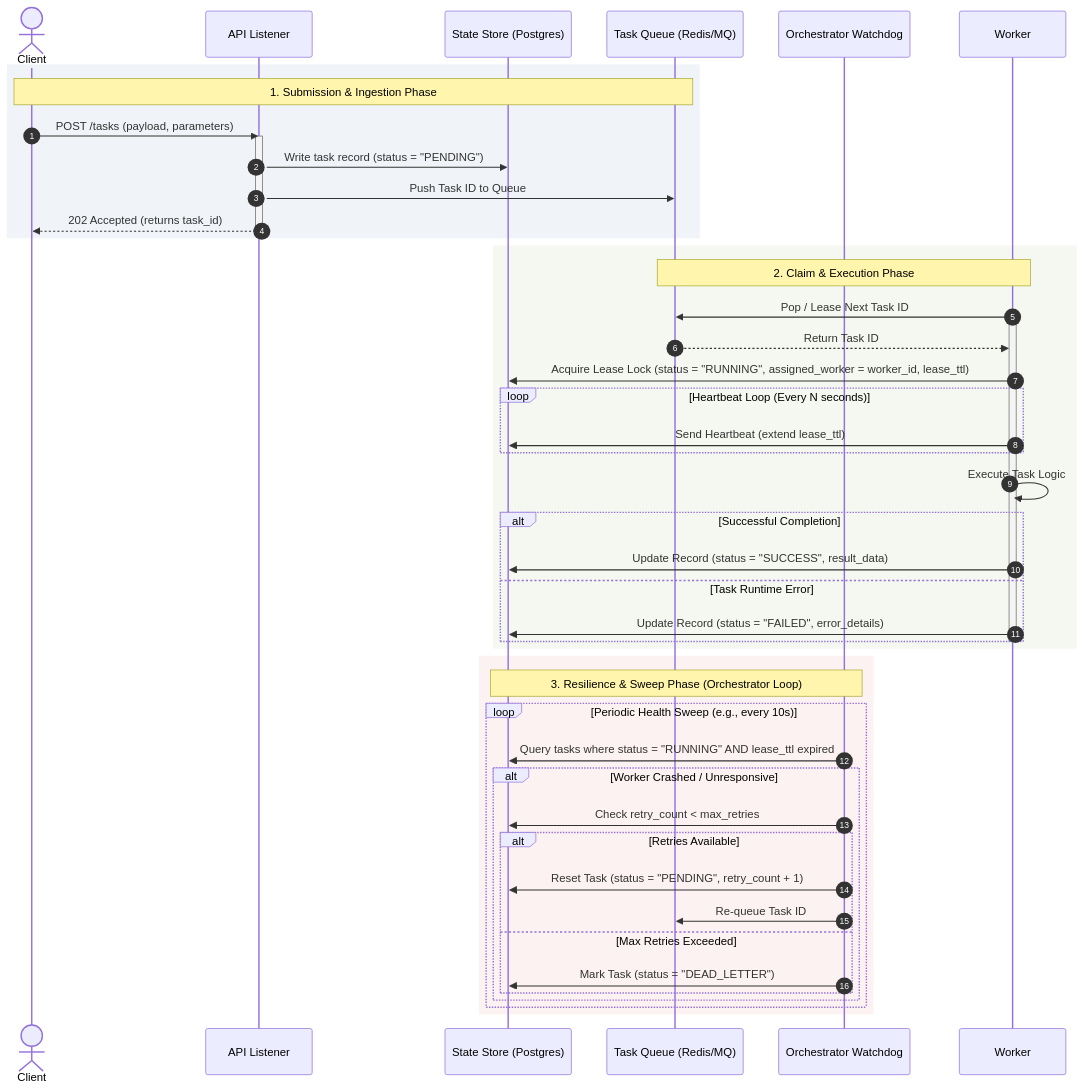
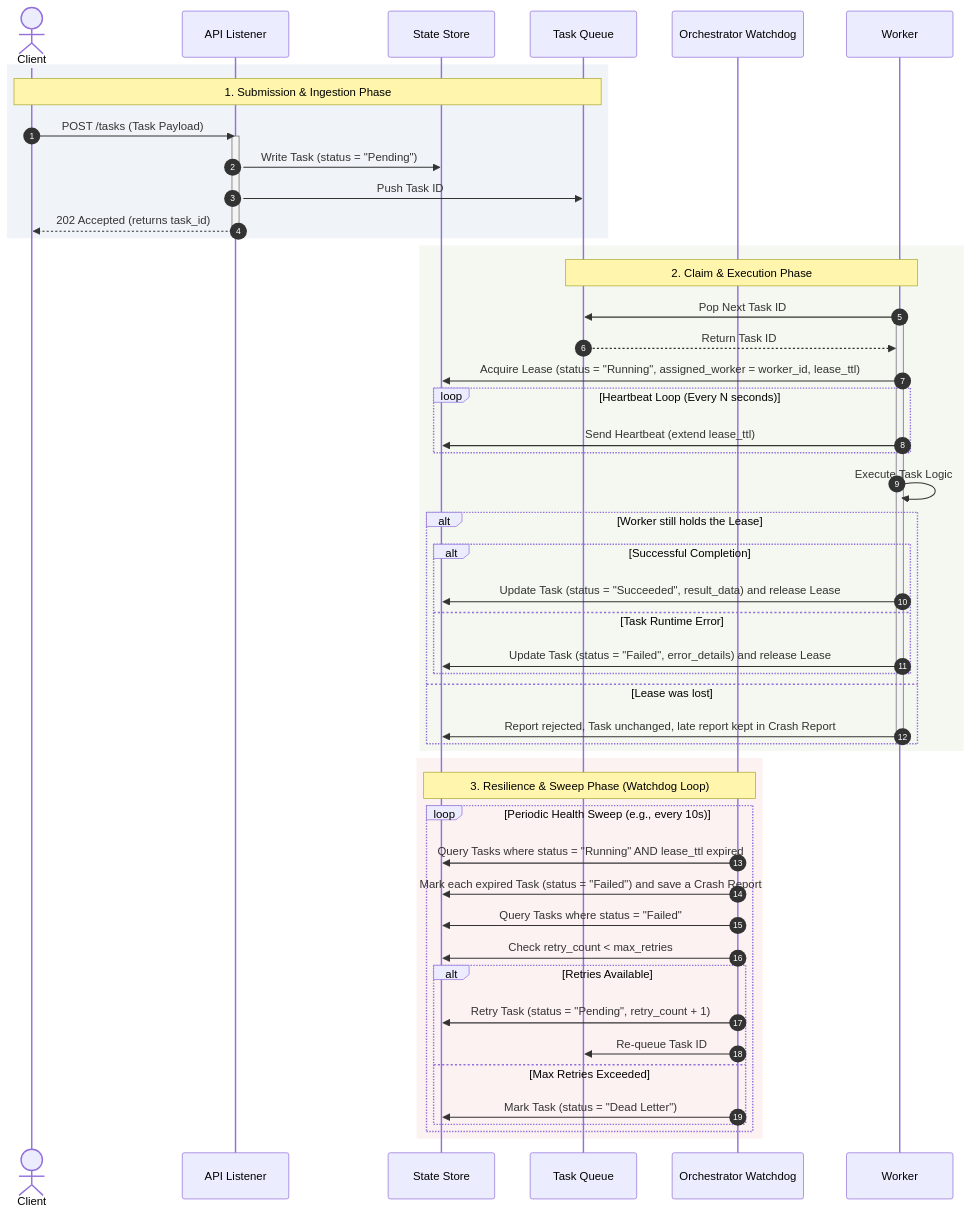
The diagram in README.md (juliansiebold/distributed-task-executor), drawn with Mermaid before and after one commit. The commit also changed other lines of this file and 3 other files, not shown here.

````diff
--- a/README.md
+++ b/README.md
@@ -27,61 +29,65 @@
 ```Mermaid
 sequenceDiagram
     autonumber
     actor Client
     participant Listener as API Listener
-    participant DB as State Store (Postgres)
-    participant Queue as Task Queue (Redis/MQ)
+    participant DB as State Store
+    participant Queue as Task Queue
     participant Orch as Orchestrator Watchdog
     participant Worker
 
     %% Task Submission Phase
     rect rgb(240, 244, 248)
     note over Client, Queue: 1. Submission & Ingestion Phase
-    Client->>Listener: POST /tasks (payload, parameters)
+    Client->>Listener: POST /tasks (Task Payload)
     activate Listener
-    Listener->>DB: Write task record (status = "PENDING")
-    Listener->>Queue: Push Task ID to Queue
+    Listener->>DB: Write Task (status = "Pending")
+    Listener->>Queue: Push Task ID
     Listener-->>Client: 202 Accepted (returns task_id)
     deactivate Listener
     end
 
     %% Dispatch & Execution Phase
     rect rgb(245, 248, 240)
     note over Queue, Worker: 2. Claim & Execution Phase
-    Worker->>Queue: Pop / Lease Next Task ID
+    Worker->>Queue: Pop Next Task ID
     activate Worker
     Queue-->>Worker: Return Task ID
-    Worker->>DB: Acquire Lease Lock (status = "RUNNING", assigned_worker = worker_id, lease_ttl)
+    Worker->>DB: Acquire Lease (status = "Running", assigned_worker = worker_id, lease_ttl)
     
     loop Heartbeat Loop (Every N seconds)
         Worker->>DB: Send Heartbeat (extend lease_ttl)
     end
 
     Worker->>Worker: Execute Task Logic
     
-    alt Successful Completion
-        Worker->>DB: Update Record (status = "SUCCESS", result_data)
-    else Task Runtime Error
-        Worker->>DB: Update Record (status = "FAILED", error_details)
+    alt Worker still holds the Lease
+        alt Successful Completion
+            Worker->>DB: Update Task (status = "Succeeded", result_data) and release Lease
+        else Task Runtime Error
+            Worker->>DB: Update Task (status = "Failed", error_details) and release Lease
+        end
+    else Lease was lost
+        Worker->>DB: Report rejected, Task unchanged, late report kept in Crash Report
     end
     deactivate Worker
     end
 
     %% Fault Recovery / Timeout Sweep
     rect rgb(253, 242, 242)
-    note over Orch, DB: 3. Resilience & Sweep Phase (Orchestrator Loop)
+    note over Orch, DB: 3. Resilience & Sweep Phase (Watchdog Loop)
     loop Periodic Health Sweep (e.g., every 10s)
-        Orch->>DB: Query tasks where status = "RUNNING" AND lease_ttl expired
-        
-        alt Worker Crashed / Unresponsive
-            Orch->>DB: Check retry_count < max_retries
-            alt Retries Available
-                Orch->>DB: Reset Task (status = "PENDING", retry_count + 1)
-                Orch->>Queue: Re-queue Task ID
-            else Max Retries Exceeded
-                Orch->>DB: Mark Task (status = "DEAD_LETTER")
-            end
+        Orch->>DB: Query Tasks where status = "Running" AND lease_ttl expired
+        Orch->>DB: Mark each expired Task (status = "Failed") and save a Crash Report
+
+        Orch->>DB: Query Tasks where status = "Failed"
+        Orch->>DB: Check retry_count < max_retries
+        alt Retries Available
+            Orch->>DB: Retry Task (status = "Pending", retry_count + 1)
+            Orch->>Queue: Re-queue Task ID
+        else Max Retries Exceeded
+            Orch->>DB: Mark Task (status = "Dead Letter")
         end
     end
     end
 ```
````
